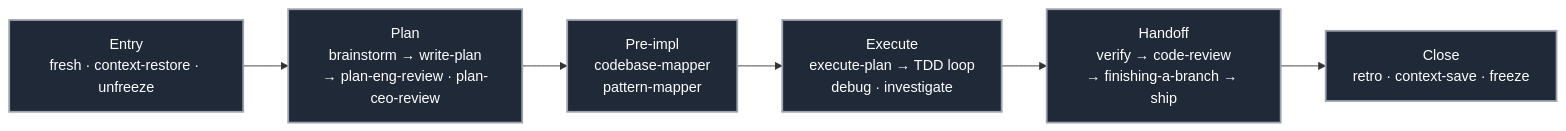
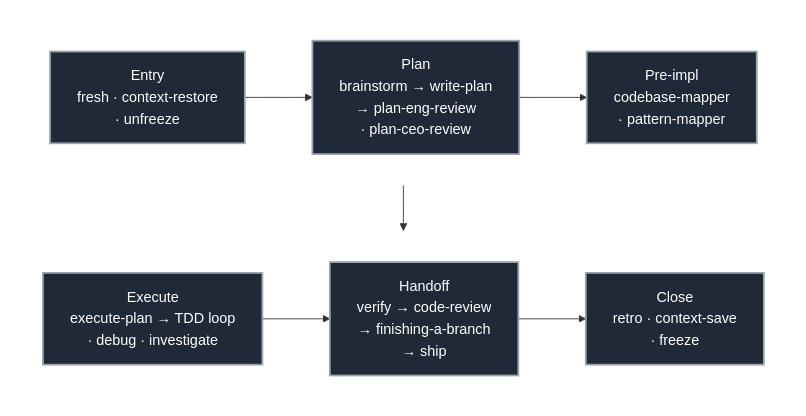
Before and after one commit to kaushiksiva07/claude-code-kit: the first of 2 diagrams in README.md, drawn with Mermaid. The commit also changed other lines of this file, not shown here.

Commit message:
Workflow viz: wrap zoomed-out to two rows, drop details toggle
- Zoomed-out diagram now flows Entry/Plan/Pre-impl on the top row,
  Execute/Handoff/Close on the bottom row, using two LR subgraphs inside
  a TB outer flow. Boxes breathe; labels are readable.
- Drop the <details> collapse — zoomed-out barely takes vertical space,
  so both views are visible inline.

````diff
--- a/README.md
+++ b/README.md
@@ -36,13 +36,19 @@
 ```mermaid
-flowchart LR
+flowchart TB
     classDef phase fill:#1f2937,stroke:#9ca3af,color:#fff,stroke-width:2px
 
-    E[Entry<br/>fresh · context-restore · unfreeze]:::phase
-    P[Plan<br/>brainstorm → write-plan<br/>→ plan-eng-review · plan-ceo-review]:::phase
-    M[Pre-impl<br/>codebase-mapper<br/>pattern-mapper]:::phase
-    X[Execute<br/>execute-plan → TDD loop<br/>debug · investigate]:::phase
-    H[Handoff<br/>verify → code-review<br/>→ finishing-a-branch → ship]:::phase
-    C[Close<br/>retro · context-save · freeze]:::phase
+    subgraph top [" "]
+        direction LR
+        E[Entry<br/>fresh · context-restore<br/>· unfreeze]:::phase --> P[Plan<br/>brainstorm → write-plan<br/>→ plan-eng-review<br/>· plan-ceo-review]:::phase --> M[Pre-impl<br/>codebase-mapper<br/>· pattern-mapper]:::phase
+    end
 
-    E --> P --> M --> X --> H --> C
+    subgraph bottom [" "]
+        direction LR
+        X[Execute<br/>execute-plan → TDD loop<br/>· debug · investigate]:::phase --> H[Handoff<br/>verify → code-review<br/>→ finishing-a-branch<br/>→ ship]:::phase --> C[Close<br/>retro · context-save<br/>· freeze]:::phase
+    end
+
+    M --> X
+
+    style top fill:transparent,stroke:transparent
+    style bottom fill:transparent,stroke:transparent
 ```
````
